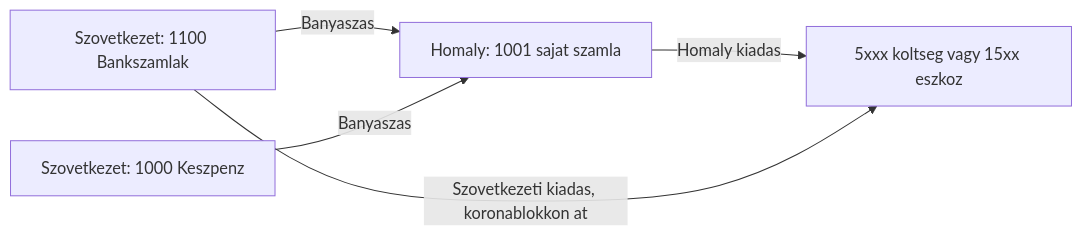
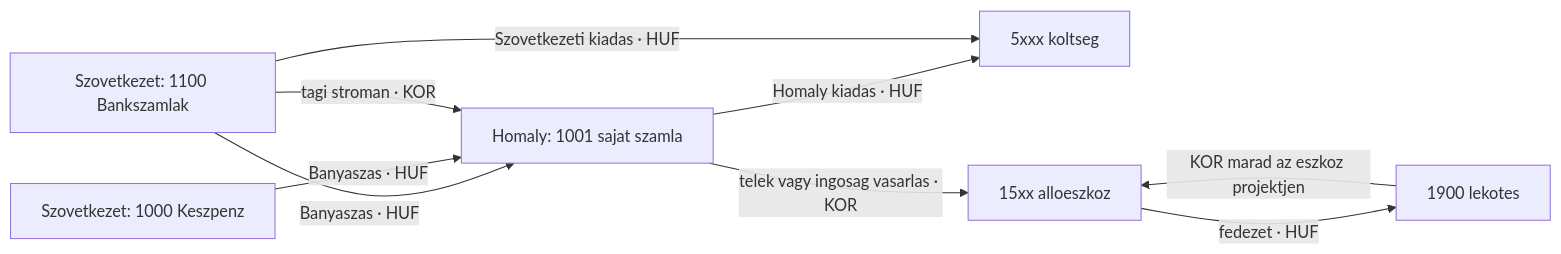
The first of 15 diagrams in docs/transaction-workflow.md (pitiboy/curr), drawn with Mermaid before and after one commit. The commit also changed other lines of this file and 31 other files, not shown here.

````diff
--- a/docs/transaction-workflow.md
+++ b/docs/transaction-workflow.md
@@ -52,12 +54,18 @@
 ```mermaid
 flowchart LR
   bank["Szovetkezet: 1100 Bankszamlak"]
   penztar["Szovetkezet: 1000 Keszpenz"]
   sajat["Homaly: 1001 sajat szamla"]
-  koltseg["5xxx koltseg vagy 15xx eszkoz"]
+  koltseg5["5xxx koltseg"]
+  eszkoz15["15xx alloeszkoz"]
+  atv["1900 lekotes"]
 
-  bank -- "Banyaszas" --> sajat
-  penztar -- "Banyaszas" --> sajat
-  sajat -- "Homaly kiadas" --> koltseg
-  bank -- "Szovetkezeti kiadas, koronablokkon at" --> koltseg
+  bank -->|"Banyaszas · HUF"| sajat
+  penztar -->|"Banyaszas · HUF"| sajat
+  sajat -->|"Homaly kiadas · HUF"| koltseg5
+  bank -->|"Szovetkezeti kiadas · HUF"| koltseg5
+  bank -->|"tagi stroman · KOR"| sajat
+  sajat -->|"telek vagy ingosag vasarlas · KOR"| eszkoz15
+  eszkoz15 -->|"fedezet · HUF"| atv
+  atv -->|"KOR marad az eszkoz projektjen"| eszkoz15
 ```
````
